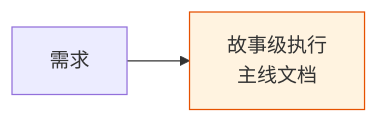
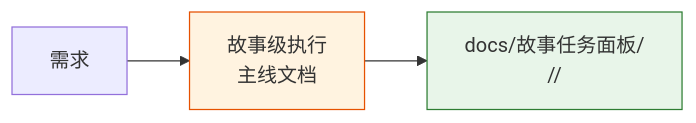
Before and after one commit to effiy/YrY: the first of 3 diagrams in skills/rui/coder.md, drawn with Mermaid. The commit also changed other lines of this file and 7 other files, not shown here.

````diff
--- a/skills/rui/coder.md
+++ b/skills/rui/coder.md
@@ -9,5 +9,7 @@
 ```mermaid
 flowchart LR
     Req[需求] --> Story["故事级执行<br/>主线文档"]:::story
+    Story --> Panel["docs/故事任务面板/<br/><Project>/<name>/"]:::panel
     classDef story fill:#fff3e0,stroke:#e65100;
+    classDef panel fill:#e8f5e9,stroke:#2e7d32;
 ```
````
